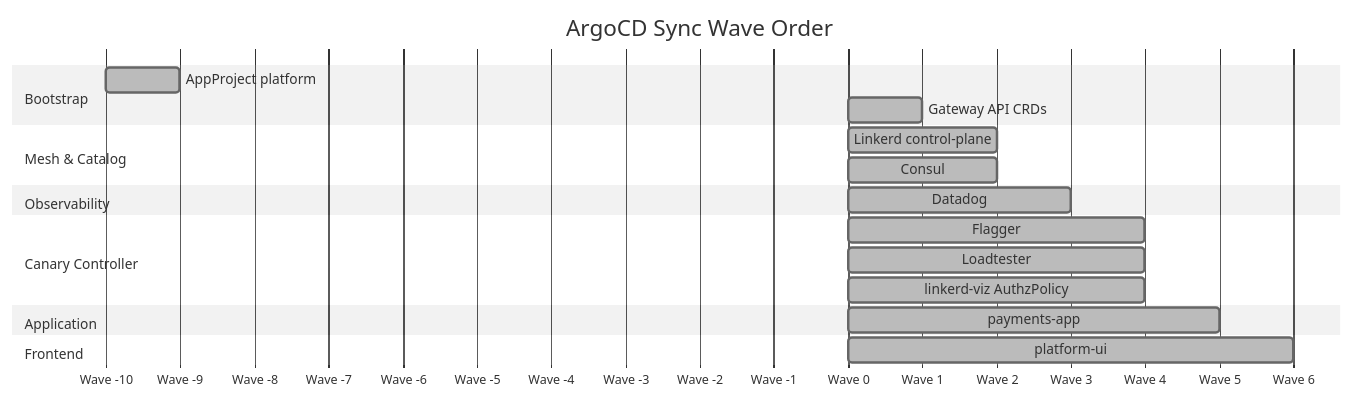
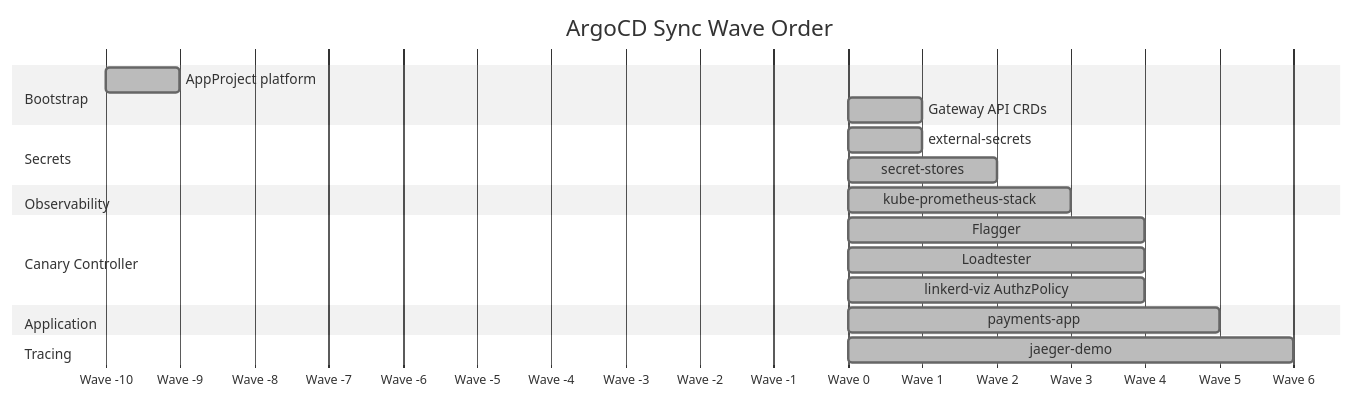
Diagram 15 of 15 in docs/COMPONENTS.md (dungxtd/terragrunt-stacks), drawn with Mermaid (neutral theme) before and after one commit. The commit also changed other lines of this file and 4 other files, not shown here.

First line of the commit message:
docs: sync README, architecture, COMPONENTS, PLATFORM_GUIDE, gitops/README

````diff
--- a/docs/COMPONENTS.md
+++ b/docs/COMPONENTS.md
@@ -431,28 +431,28 @@
 ```mermaid
 gantt
     title ArgoCD Sync Wave Order
     dateFormat X
     axisFormat Wave %s
 
     section Bootstrap
     AppProject platform       :done, w-10, -10, -9
-    Gateway API CRDs          :done, w0, 0, 1
+    Gateway API CRDs          :done, w0a, 0, 1
 
-    section Mesh & Catalog
-    Linkerd control-plane     :done, w1a, 1, 2
-    Consul                    :done, w1b, 1, 2
+    section Secrets
+    external-secrets          :done, w0b, 0, 1
+    secret-stores             :done, w1a, 1, 2
 
     section Observability
-    Datadog                   :done, w2, 2, 3
+    kube-prometheus-stack     :done, w2, 2, 3
 
     section Canary Controller
     Flagger                   :done, w3a, 3, 4
     Loadtester                :done, w3b, 3, 4
     linkerd-viz AuthzPolicy   :done, w3c, 3, 4
 
     section Application
     payments-app              :done, w4, 4, 5
 
-    section Frontend
-    platform-ui               :done, w5, 5, 6
+    section Tracing
+    jaeger-demo               :done, w5, 5, 6
 ```
````
